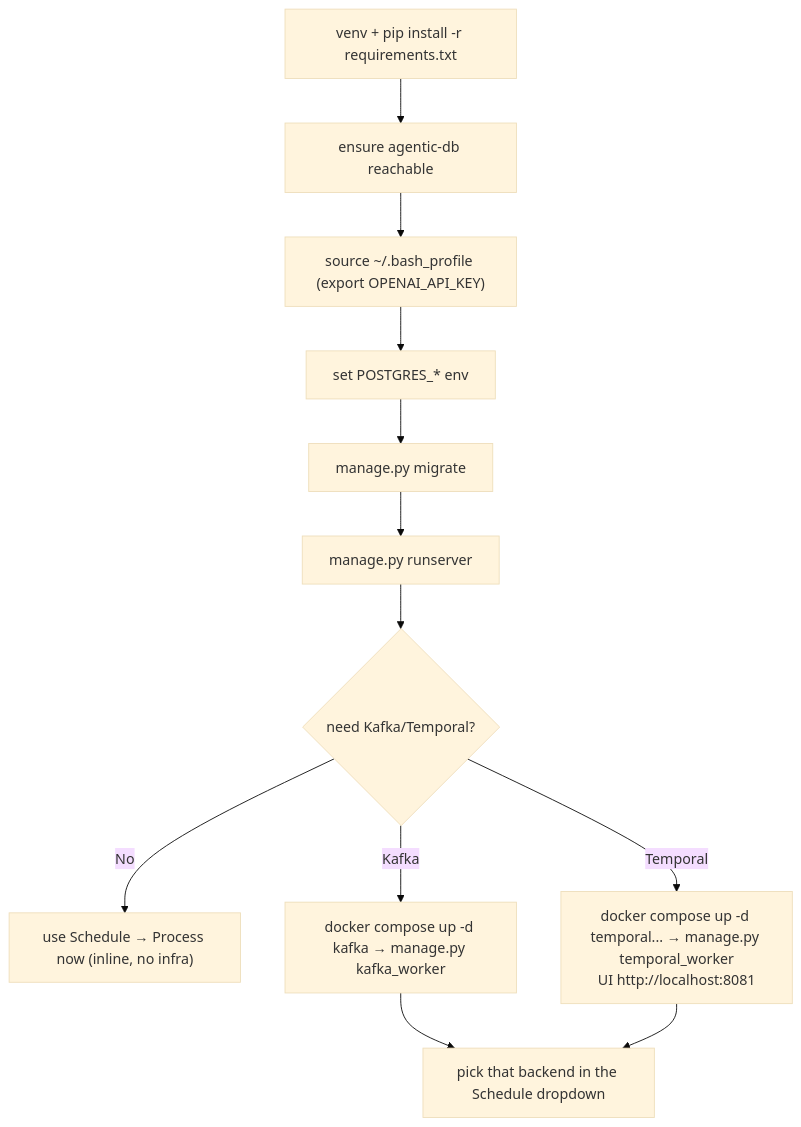
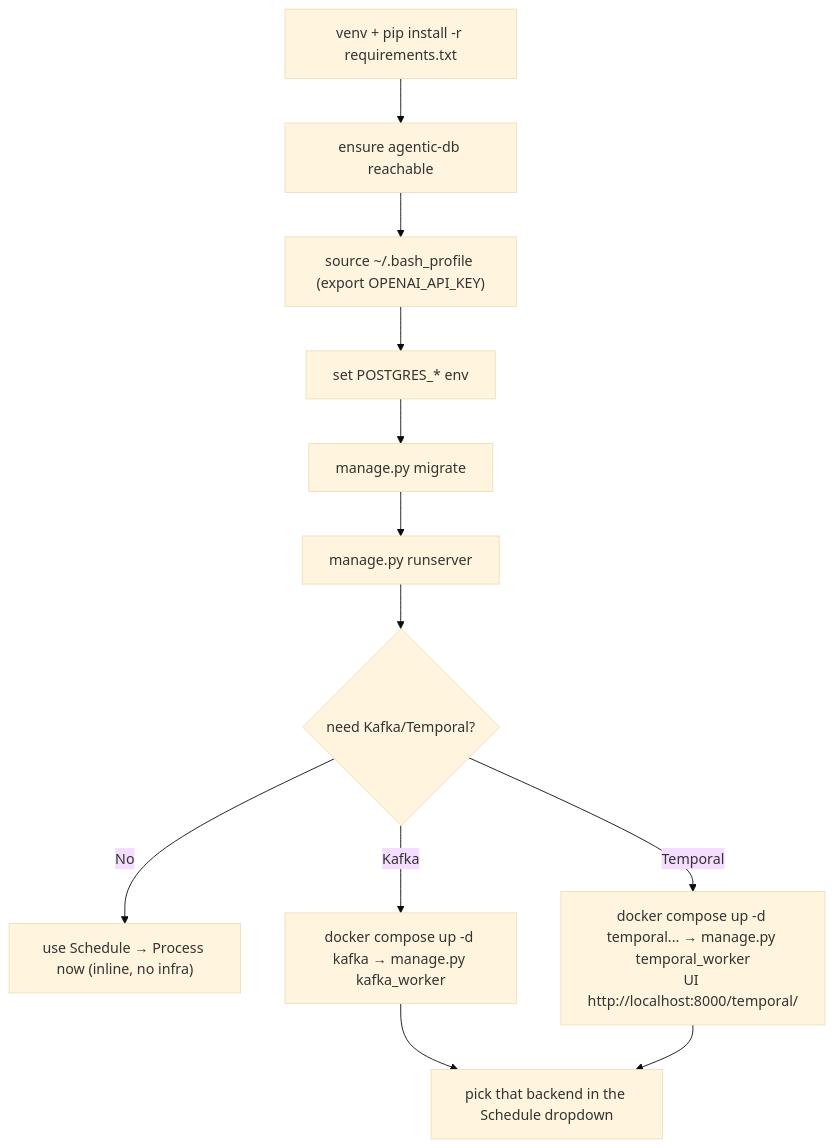
One commit to lokeshchauhan2801/Python-Training changed the fifth of 5 diagrams in README.md. Above: the diagram before and after it, drawn with Mermaid (base theme). The commit also changed other lines of this file and 12 other files, not shown here.

````diff
--- a/README.md
+++ b/README.md
@@ -721,14 +721,14 @@
 ```mermaid
 flowchart TD
     A["venv + pip install -r requirements.txt"] --> B["ensure agentic-db reachable"]
     B --> C["source ~/.bash_profile (export OPENAI_API_KEY)"]
     C --> D["set POSTGRES_* env"]
     D --> E["manage.py migrate"]
     E --> F["manage.py runserver"]
     F --> G{need Kafka/Temporal?}
     G -->|No| H["use Schedule → Process now (inline, no infra)"]
     G -->|Kafka| I["docker compose up -d kafka → manage.py kafka_worker"]
-    G -->|Temporal| J["docker compose up -d temporal... → manage.py temporal_worker\nUI http://localhost:8081"]
+    G -->|Temporal| J["docker compose up -d temporal... → manage.py temporal_worker\nUI http://localhost:8000/temporal/"]
     I --> K["pick that backend in the Schedule dropdown"]
     J --> K
 ```
````
